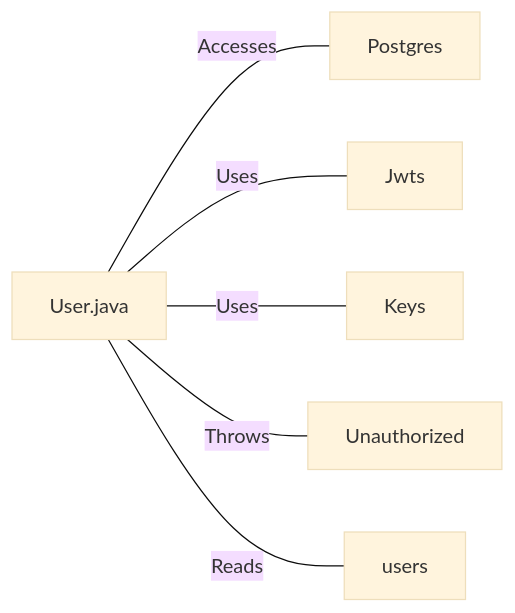
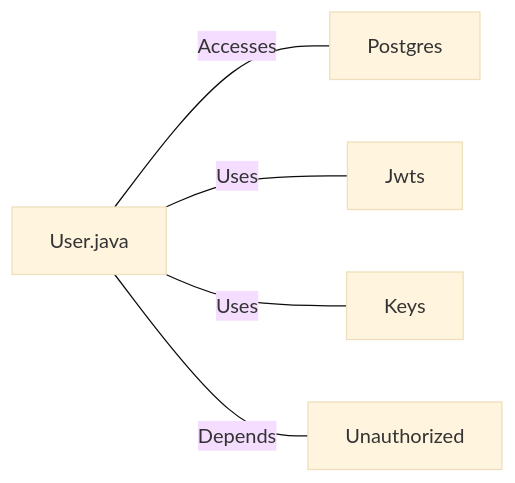
One commit to wynxx-gft/jold-ccode-reviewer changed the second of 2 diagrams in wiki/src/main/java/com/scalesec/vulnado/User.md. Above: the diagram before and after it, drawn with Mermaid (base theme). The commit also changed other lines of this file and 1 other file, not shown here.

````diff
--- a/wiki/src/main/java/com/scalesec/vulnado/User.md
+++ b/wiki/src/main/java/com/scalesec/vulnado/User.md
@@ -71,8 +64,7 @@
 ```mermaid
 graph LR
     User.java --- |"Accesses"| Postgres
     User.java --- |"Uses"| Jwts
     User.java --- |"Uses"| Keys
-    User.java --- |"Throws"| Unauthorized
-    User.java --- |"Reads"| users
+    User.java --- |"Depends"| Unauthorized
 ```
````
